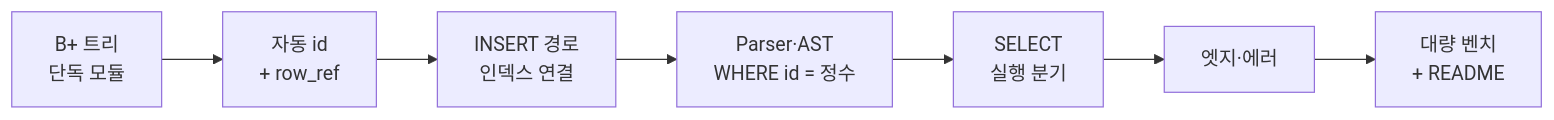
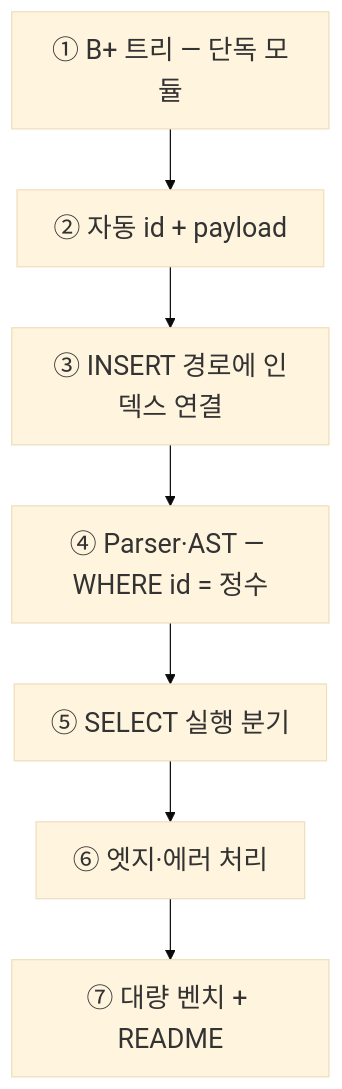
One commit to tail1887/sql_parsor changed the first of 3 diagrams in docs/weeks/WEEK7/presentation-visuals.md. Above: the diagram before and after it, drawn with Mermaid. The commit also changed other lines of this file, not shown here.

First line of the commit message:
docs(WEEK7): 발표 시각자료 다이어그램 보강 및 payload 용어 통일

````diff
--- a/docs/weeks/WEEK7/presentation-visuals.md
+++ b/docs/weeks/WEEK7/presentation-visuals.md
@@ -7,12 +9,13 @@
 ```mermaid
-flowchart LR
-    A["B+ 트리<br/>단독 모듈"]
-    B["자동 id<br/>+ row_ref"]
-    C["INSERT 경로<br/>인덱스 연결"]
-    D["Parser·AST<br/>WHERE id = 정수"]
-    E["SELECT<br/>실행 분기"]
-    F["엣지·에러"]
-    G["대량 벤치<br/>+ README"]
+%%{init: {'theme':'base', 'themeVariables': {'fontSize':'22px', 'fontFamily':'system-ui, sans-serif'}}}%%
+flowchart TB
+    A["① B+ 트리 — 단독 모듈"]
+    B["② 자동 id + payload"]
+    C["③ INSERT 경로에 인덱스 연결"]
+    D["④ Parser·AST — WHERE id = 정수"]
+    E["⑤ SELECT 실행 분기"]
+    F["⑥ 엣지·에러 처리"]
+    G["⑦ 대량 벤치 + README"]
 
     A --> B --> C --> D --> E --> F --> G
 ```
````
